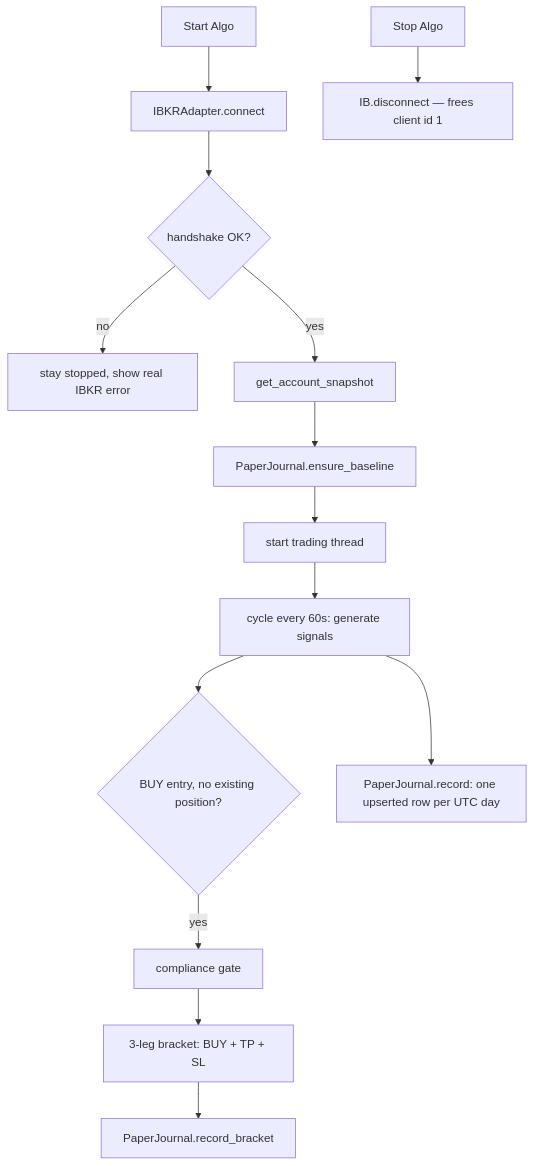
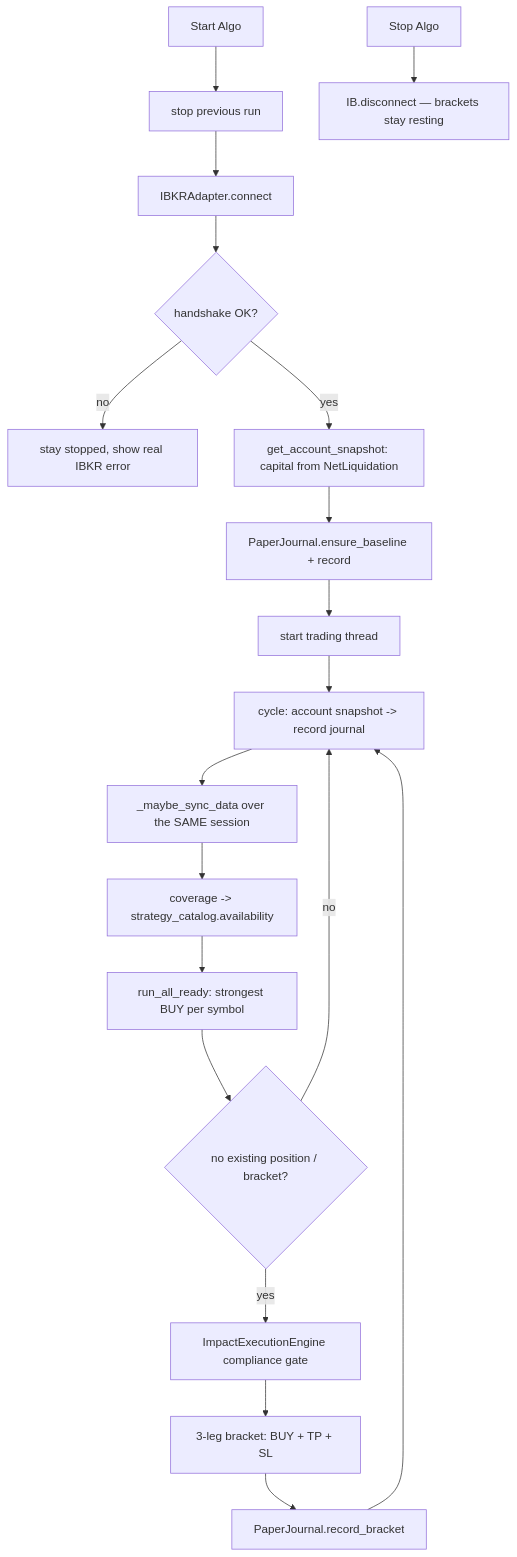
Before and after one commit to bmhiouah/positive-impact-trading: the diagram in docs/ARCHITECTURE.md, drawn with Mermaid. The commit also changed other lines of this file and 22 other files, not shown here.

````diff
--- a/docs/ARCHITECTURE.md
+++ b/docs/ARCHITECTURE.md
@@ -51,16 +80,21 @@
 ```mermaid
 flowchart TD
-    A[Start Algo] --> B[IBKRAdapter.connect]
-    B --> C{handshake OK?}
-    C -- no --> D[stay stopped, show real IBKR error]
-    C -- yes --> E[get_account_snapshot]
-    E --> F[PaperJournal.ensure_baseline]
-    F --> G[start trading thread]
-    G --> H[cycle every 60s: generate signals]
-    H --> I{BUY entry, no existing position?}
-    I -- yes --> J[compliance gate]
-    J --> K[3-leg bracket: BUY + TP + SL]
-    K --> L[PaperJournal.record_bracket]
-    H --> M[PaperJournal.record: one upserted row per UTC day]
-    N[Stop Algo] --> O[IB.disconnect — frees client id 1]
+    A[Start Algo] --> B[stop previous run]
+    B --> C[IBKRAdapter.connect]
+    C --> D{handshake OK?}
+    D -- no --> E[stay stopped, show real IBKR error]
+    D -- yes --> F[get_account_snapshot: capital from NetLiquidation]
+    F --> G[PaperJournal.ensure_baseline + record]
+    G --> H[start trading thread]
+    H --> I[cycle: account snapshot -> record journal]
+    I --> J[_maybe_sync_data over the SAME session]
+    J --> K[coverage -> strategy_catalog.availability]
+    K --> L[run_all_ready: strongest BUY per symbol]
+    L --> M{no existing position / bracket?}
+    M -- no --> I
+    M -- yes --> N[ImpactExecutionEngine compliance gate]
+    N --> O[3-leg bracket: BUY + TP + SL]
+    O --> P[PaperJournal.record_bracket]
+    P --> I
+    Q[Stop Algo] --> R[IB.disconnect — brackets stay resting]
 ```
````
